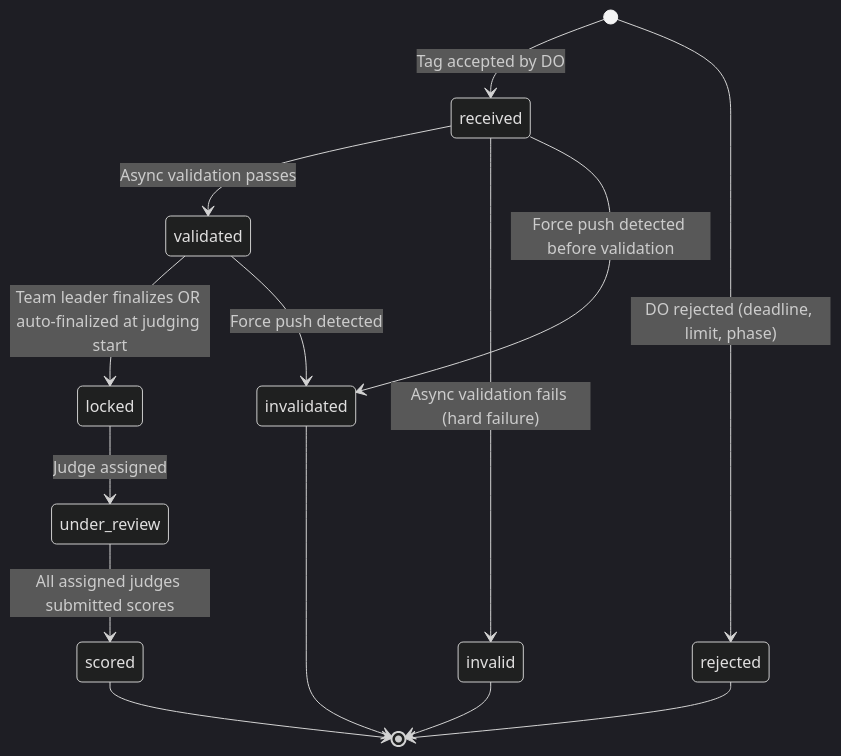
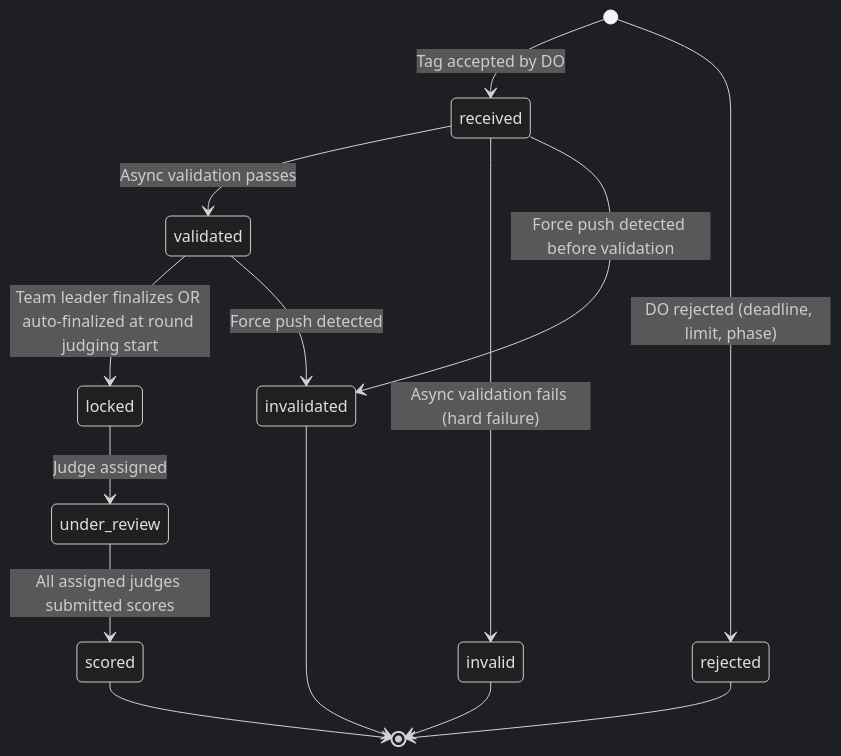
Before and after one commit to devangshupandey2025-stack/DevSage: the eighth of 12 diagrams in docs/v3/planned/submissions.md, drawn with Mermaid (dark theme). The commit also changed other lines of this file, not shown here.

````diff
--- a/docs/v3/planned/submissions.md
+++ b/docs/v3/planned/submissions.md
@@ -330,20 +404,20 @@
 ```mermaid
 stateDiagram-v2
     [*] --> received : Tag accepted by DO
     [*] --> rejected : DO rejected (deadline, limit, phase)
 
     received --> validated : Async validation passes
     received --> invalid : Async validation fails (hard failure)
     received --> invalidated : Force push detected before validation
 
-    validated --> locked : Team leader finalizes OR auto-finalized at judging start
+    validated --> locked : Team leader finalizes OR auto-finalized at round judging start
     validated --> invalidated : Force push detected
 
     locked --> under_review : Judge assigned
     under_review --> scored : All assigned judges submitted scores
     scored --> [*]
 
     invalid --> [*]
     rejected --> [*]
     invalidated --> [*]
 ```
````
